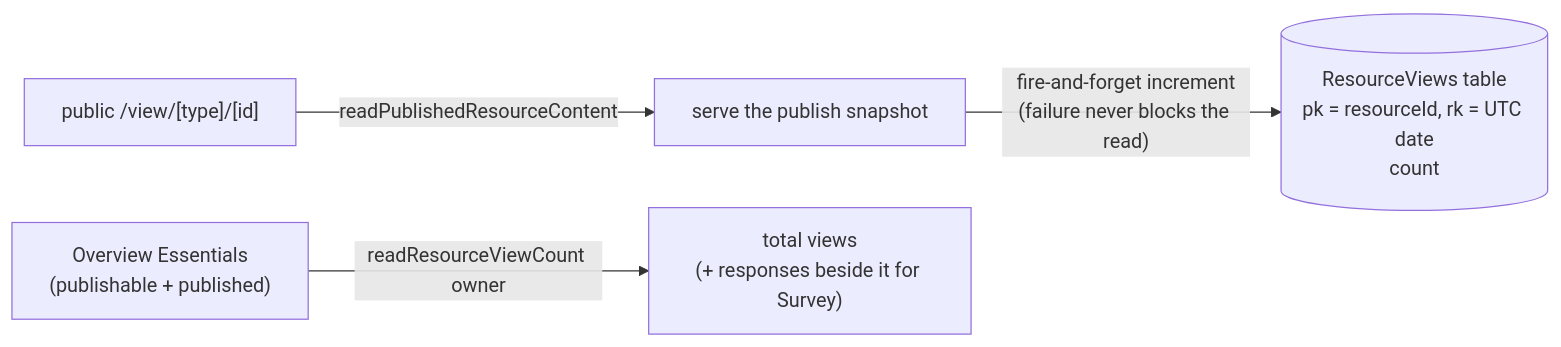
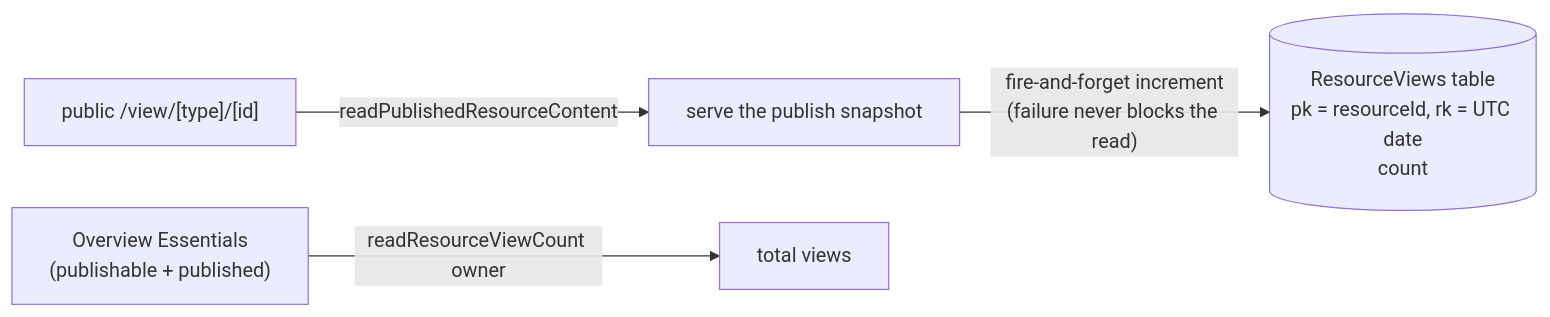
One commit to Esposter/Esposter changed the diagram in openspec/specs/resource/published-view-analytics/design.md. Above: the diagram before and after it, drawn with Mermaid. The commit also changed other lines of this file and 11 other files, not shown here.

````diff
--- a/openspec/specs/resource/published-view-analytics/design.md
+++ b/openspec/specs/resource/published-view-analytics/design.md
@@ -9,6 +9,6 @@
 ```mermaid
 flowchart LR
   VIEWER["public /view/[type]/[id]"] -->|readPublishedResourceContent| SERVE["serve the publish snapshot"]
   SERVE -->|"fire-and-forget increment<br/>(failure never blocks the read)"| AT[("ResourceViews table<br/>pk = resourceId, rk = UTC date<br/>count")]
-  OV["Overview Essentials<br/>(publishable + published)"] -->|readResourceViewCount owner| SUM["total views<br/>(+ responses beside it for Survey)"]
+  OV["Overview Essentials<br/>(publishable + published)"] -->|readResourceViewCount owner| SUM["total views"]
 ```
````
